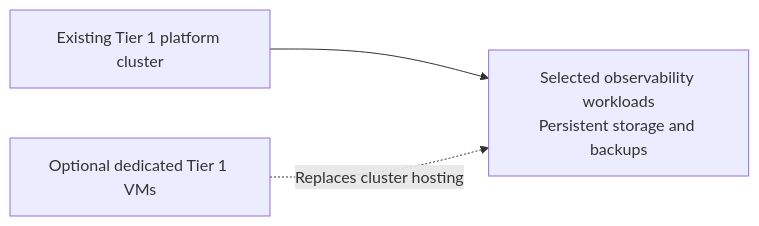
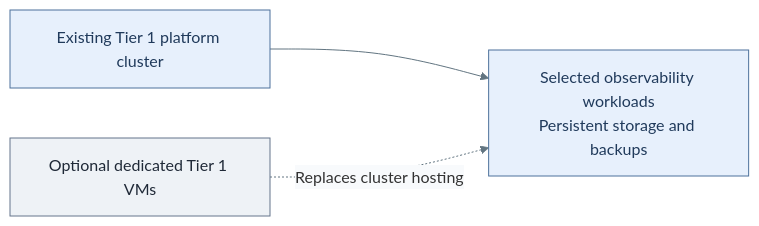
One commit to Rexus/homelab changed the first of 3 diagrams in docs/deployment/stage-5-delivery/analytics.md. Above: the diagram before and after it, drawn with Mermaid. The commit also changed other lines of this file and 49 other files, not shown here.

Commit message:
docs(diagrams): clarify tier layouts and visual styles

````diff
--- a/docs/deployment/stage-5-delivery/analytics.md
+++ b/docs/deployment/stage-5-delivery/analytics.md
@@ -20,5 +20,11 @@
 ```mermaid
+%%{init: {"theme":"base","themeVariables":{"lineColor":"#627581","edgeLabelBackground":"#f8fafc"}}}%%
 flowchart LR
   Runtime["Existing Tier 1 platform cluster"] --> New["Selected observability workloads<br/>Persistent storage and backups"]
   Alternative["Optional dedicated Tier 1 VMs"] -. Replaces cluster hosting .-> New
+  classDef default fill:#f8fafc,stroke:#64748b,color:#1f2937
+  classDef services fill:#e7f0fc,stroke:#4d719b,color:#203a5b
+  classDef boundary fill:#eef2f6,stroke:#64748b,color:#1f2937
+  class Runtime,New services
+  class Alternative boundary
 ```
````
